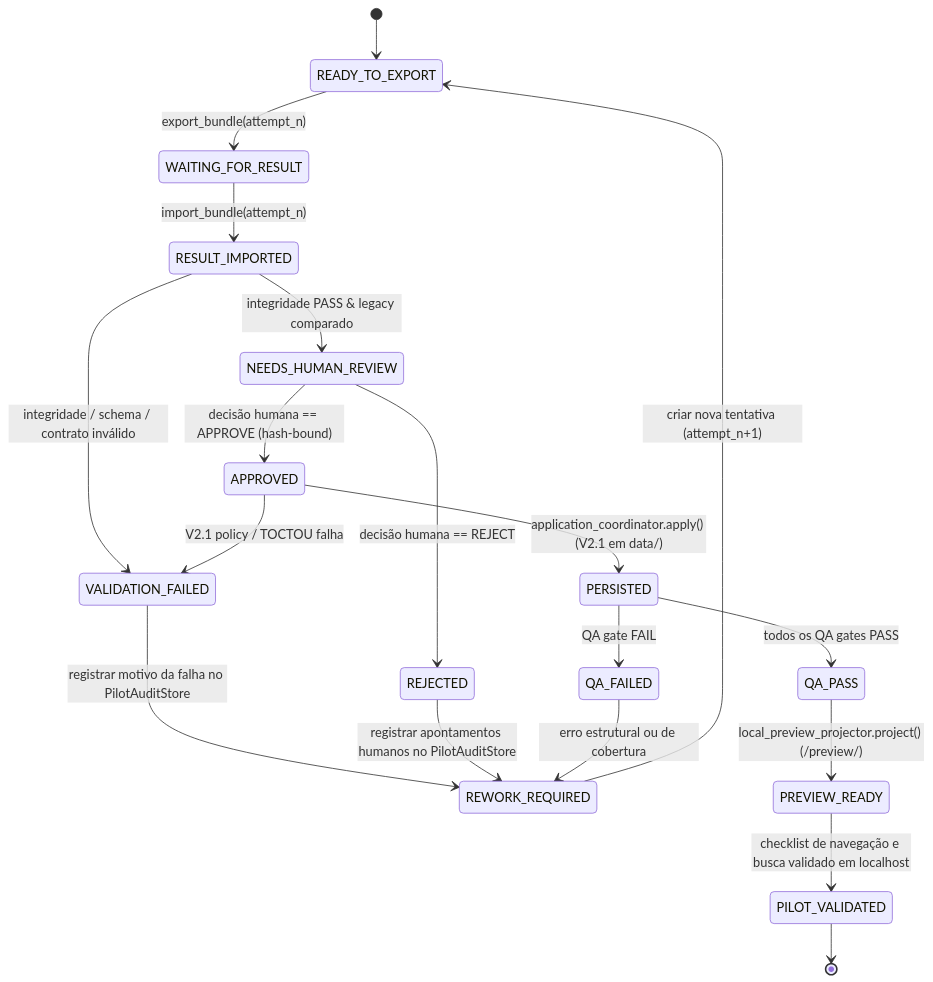
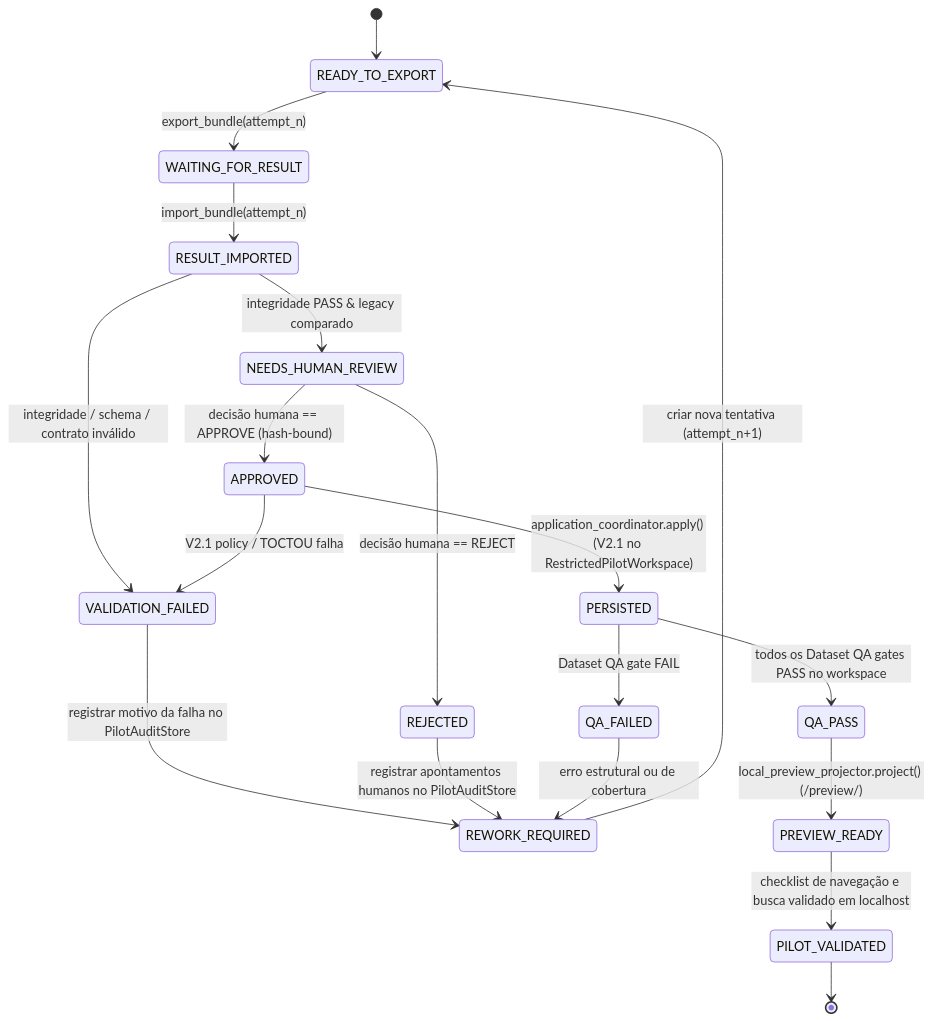
The diagram in docs/superpowers/specs/2026-09-08-pilot-content-pipeline-v2-2-design.md (SaruAkaza/daemon), drawn with Mermaid before and after one commit. The commit also changed other lines of this file, not shown here.

Commit message:
docs: isolate restricted pilot persistence

````diff
--- a/docs/superpowers/specs/2026-09-08-pilot-content-pipeline-v2-2-design.md
+++ b/docs/superpowers/specs/2026-09-08-pilot-content-pipeline-v2-2-design.md
@@ -250,30 +266,30 @@
 ```mermaid
 stateDiagram-v2
     [*] --> READY_TO_EXPORT
     READY_TO_EXPORT --> WAITING_FOR_RESULT: export_bundle(attempt_n)
     
     WAITING_FOR_RESULT --> RESULT_IMPORTED: import_bundle(attempt_n)
     
     RESULT_IMPORTED --> VALIDATION_FAILED: integridade / schema / contrato inválido
     VALIDATION_FAILED --> REWORK_REQUIRED: registrar motivo da falha no PilotAuditStore
     
     RESULT_IMPORTED --> NEEDS_HUMAN_REVIEW: integridade PASS & legacy comparado
     
     NEEDS_HUMAN_REVIEW --> REJECTED: decisão humana == REJECT
     REJECTED --> REWORK_REQUIRED: registrar apontamentos humanos no PilotAuditStore
     
     REWORK_REQUIRED --> READY_TO_EXPORT: criar nova tentativa (attempt_n+1)
     
     NEEDS_HUMAN_REVIEW --> APPROVED: decisão humana == APPROVE (hash-bound)
     
-    APPROVED --> PERSISTED: application_coordinator.apply() (V2.1 em data/)
+    APPROVED --> PERSISTED: application_coordinator.apply() (V2.1 no RestrictedPilotWorkspace)
     APPROVED --> VALIDATION_FAILED: V2.1 policy / TOCTOU falha
     
-    PERSISTED --> QA_PASS: todos os QA gates PASS
-    PERSISTED --> QA_FAILED: QA gate FAIL
+    PERSISTED --> QA_PASS: todos os Dataset QA gates PASS no workspace
+    PERSISTED --> QA_FAILED: Dataset QA gate FAIL
     QA_FAILED --> REWORK_REQUIRED: erro estrutural ou de cobertura
     
     QA_PASS --> PREVIEW_READY: local_preview_projector.project() (<runtime>/preview/)
     PREVIEW_READY --> PILOT_VALIDATED: checklist de navegação e busca validado em localhost
     PILOT_VALIDATED --> [*]
 ```
````
